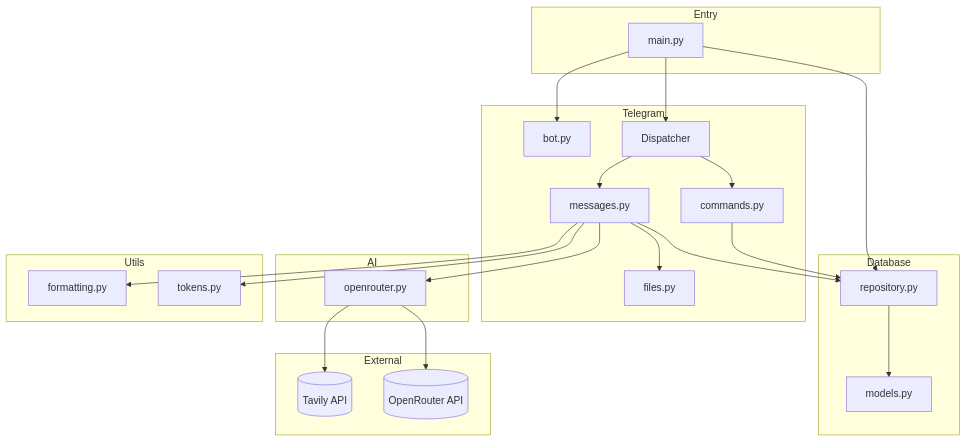
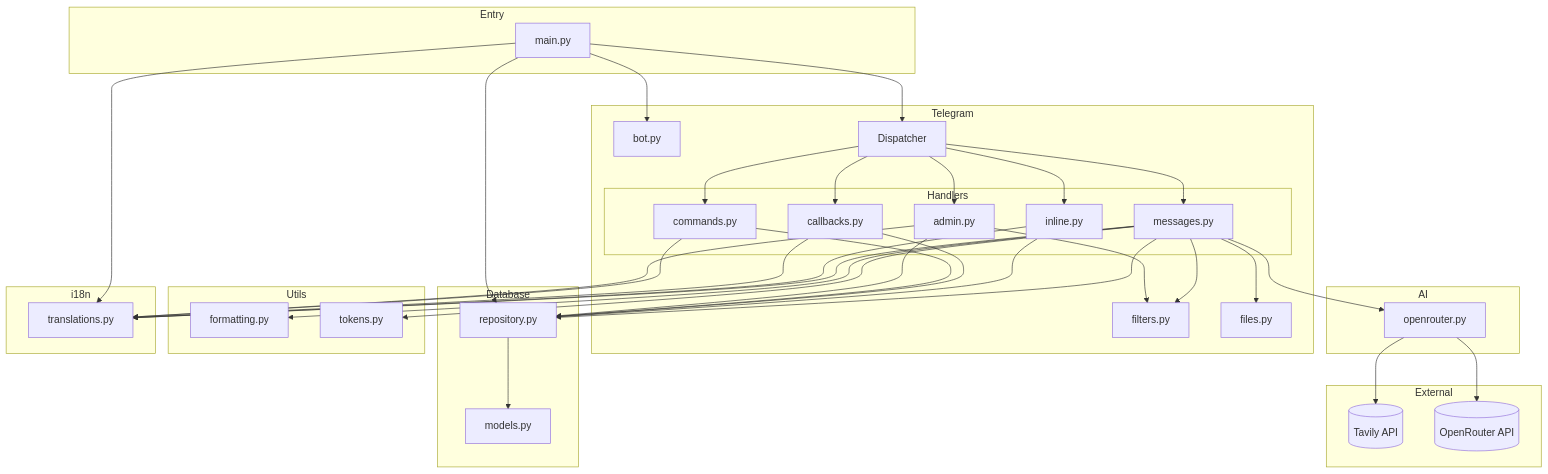
Before and after one commit to karilaa-dev/ai-tg-bot: the first of 5 diagrams in docs/CODEBASE_MAP.md, drawn with Mermaid. The commit also changed other lines of this file and 1 other file, not shown here.

````diff
--- a/docs/CODEBASE_MAP.md
+++ b/docs/CODEBASE_MAP.md
@@ -13,48 +13,72 @@
 ```mermaid
 graph TB
     subgraph Entry
         Main[main.py]
     end
 
     subgraph Telegram
         Bot[bot.py]
         DP[Dispatcher]
-        CmdH[commands.py]
-        MsgH[messages.py]
+        Filters[filters.py]
+        subgraph Handlers
+            AdminH[admin.py]
+            CmdH[commands.py]
+            CallbackH[callbacks.py]
+            InlineH[inline.py]
+            MsgH[messages.py]
+        end
         Files[files.py]
     end
 
     subgraph AI
         OR[openrouter.py]
     end
 
     subgraph Database
         Repo[repository.py]
         Models[models.py]
     end
 
     subgraph Utils
         Format[formatting.py]
         Tokens[tokens.py]
     end
 
+    subgraph i18n
+        Trans[translations.py]
+    end
+
     subgraph External
         Tavily[(Tavily API)]
         OpenRouter[(OpenRouter API)]
     end
 
     Main --> Bot
     Main --> DP
     Main --> Repo
+    Main --> Trans
+    DP --> AdminH
     DP --> CmdH
+    DP --> CallbackH
+    DP --> InlineH
     DP --> MsgH
+    AdminH --> Filters
+    MsgH --> Filters
+    AdminH --> Repo
+    AdminH --> Trans
     CmdH --> Repo
+    CmdH --> Trans
+    CallbackH --> Repo
+    CallbackH --> Trans
+    InlineH --> Repo
+    InlineH --> Trans
     MsgH --> OR
     MsgH --> Repo
     MsgH --> Files
     MsgH --> Format
     MsgH --> Tokens
+    MsgH --> Trans
     OR --> OpenRouter
     OR --> Tavily
     Repo --> Models
 ```
````
